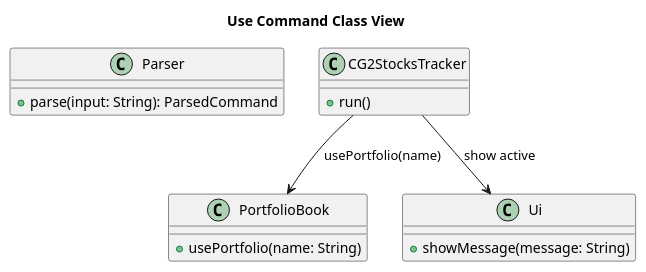
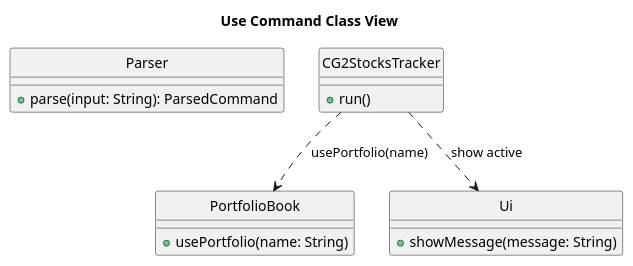
Before and after one commit to zenweilow/tp: the diagram in docs/diagrams/UML/use-command-class.puml, drawn with PlantUML. The commit also changed 31 other files, not shown here.

Commit message:
Update UML and fix AboutUs page

```diff
--- a/docs/diagrams/UML/use-command-class.puml
+++ b/docs/diagrams/UML/use-command-class.puml
@@ -1,22 +1,23 @@
 @startuml
 title Use Command Class View
+hide circles
 
 class Parser {
   + parse(input: String): ParsedCommand
 }
 
 class CG2StocksTracker {
   + run()
 }
 
 class PortfolioBook {
   + usePortfolio(name: String)
 }
 
 class Ui {
   + showMessage(message: String)
 }
 
-CG2StocksTracker --> PortfolioBook : usePortfolio(name)
-CG2StocksTracker --> Ui : show active
+CG2StocksTracker ..> PortfolioBook : usePortfolio(name)
+CG2StocksTracker ..> Ui : show active
 @enduml
```
